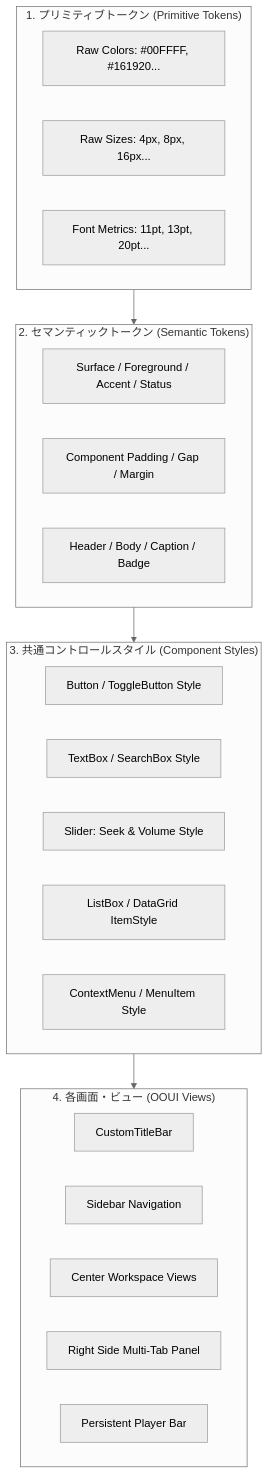
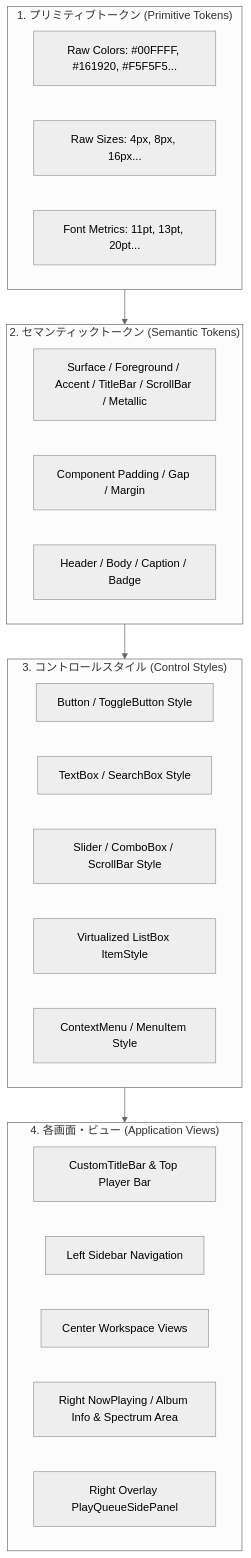
One commit to taketonnbo/Audio_Effector changed the diagram in 設計/デザインシステム/index.md. Above: the diagram before and after it, drawn with Mermaid (neutral theme). The commit also changed other lines of this file and 2 other files, not shown here.

Commit message:
docs: 📝 #267 デザインシステム仕様書をテーマ実装へ同期する

````diff
--- a/設計/デザインシステム/index.md
+++ b/設計/デザインシステム/index.md
@@ -34,34 +34,34 @@
 ```mermaid
 flowchart TD
     subgraph Layer1 ["1. プリミティブトークン (Primitive Tokens)"]
-        C_Raw["Raw Colors: #00FFFF, #161920..."]
+        C_Raw["Raw Colors: #00FFFF, #161920, #F5F5F5..."]
         S_Raw["Raw Sizes: 4px, 8px, 16px..."]
         F_Raw["Font Metrics: 11pt, 13pt, 20pt..."]
     end
 
     subgraph Layer2 ["2. セマンティックトークン (Semantic Tokens)"]
-        C_Sem["Surface / Foreground / Accent / Status"]
+        C_Sem["Surface / Foreground / Accent / TitleBar / ScrollBar / Metallic"]
         S_Sem["Component Padding / Gap / Margin"]
         T_Sem["Header / Body / Caption / Badge"]
     end
 
-    subgraph Layer3 ["3. 共通コントロールスタイル (Component Styles)"]
+    subgraph Layer3 ["3. コントロールスタイル (Control Styles)"]
         BtnStyle["Button / ToggleButton Style"]
         InpStyle["TextBox / SearchBox Style"]
-        SldStyle["Slider: Seek & Volume Style"]
-        LstStyle["ListBox / DataGrid ItemStyle"]
+        SldStyle["Slider / ComboBox / ScrollBar Style"]
+        LstStyle["Virtualized ListBox ItemStyle"]
         MnuStyle["ContextMenu / MenuItem Style"]
     end
 
-    subgraph Layer4 ["4. 各画面・ビュー (OOUI Views)"]
-        TitleBar["CustomTitleBar"]
-        Sidebar["Sidebar Navigation"]
+    subgraph Layer4 ["4. 各画面・ビュー (Application Views)"]
+        TitleBar["CustomTitleBar & Top Player Bar"]
+        Sidebar["Left Sidebar Navigation"]
         Workspace["Center Workspace Views"]
-        SidePanel["Right Side Multi-Tab Panel"]
-        PlayerBar["Persistent Player Bar"]
+        RightArea["Right NowPlaying / Album Info & Spectrum Area"]
+        QueuePanel["Right Overlay PlayQueueSidePanel"]
     end
 
     Layer1 --> Layer2
     Layer2 --> Layer3
     Layer3 --> Layer4
 ```
````
